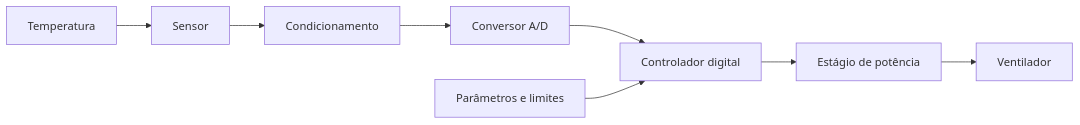
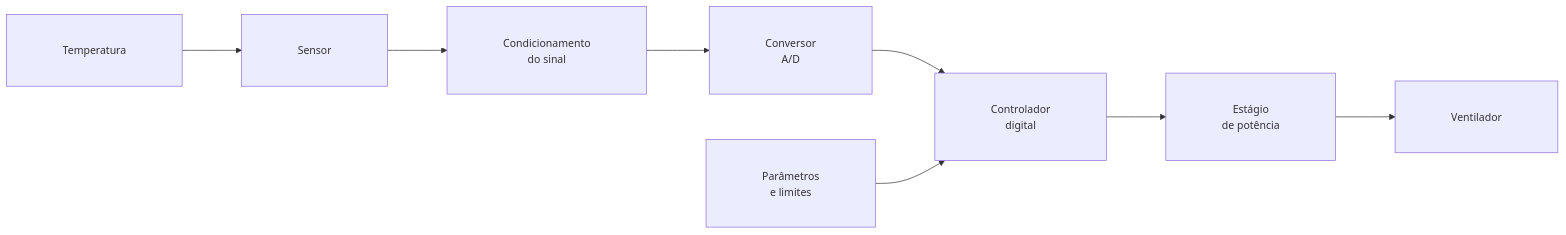
One commit to MathJSLab/mathjslab-markdown changed the fifth of 6 diagrams in example/digital-electronics/pt/introduction-to-digital-electronics.md. Above: the diagram before and after it, drawn with Mermaid. The commit also changed other lines of this file and 2 other files, not shown here.

````diff
--- a/example/digital-electronics/pt/introduction-to-digital-electronics.md
+++ b/example/digital-electronics/pt/introduction-to-digital-electronics.md
@@ -580,10 +836,11 @@
 ```mermaid
+%%{init: {'themeVariables': {'fontSize': '15px'}, 'flowchart': {'nodeSpacing': 65, 'rankSpacing': 85, 'padding': 40, 'htmlLabels': true}}}%%
 flowchart LR
     T["Temperatura"] --> S["Sensor"]
-    S --> C["Condicionamento"]
-    C --> ADC["Conversor A/D"]
-    ADC --> CTRL["Controlador digital"]
-    CTRL --> DRV["Estágio de potência"]
+    S --> C["Condicionamento<br/>do sinal"]
+    C --> ADC["Conversor<br/>A/D"]
+    ADC --> CTRL["Controlador<br/>digital"]
+    CTRL --> DRV["Estágio<br/>de potência"]
     DRV --> FAN["Ventilador"]
-    CFG["Parâmetros e limites"] --> CTRL
+    CFG["Parâmetros<br/>e limites"] --> CTRL
 ```
````
